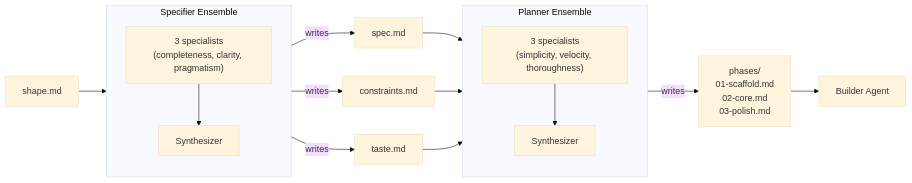
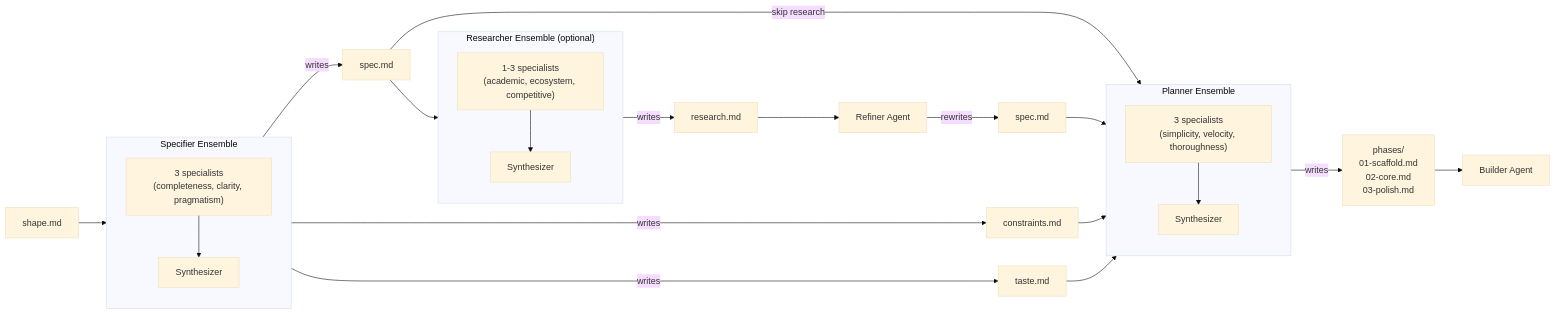
The sixth of 6 diagrams in docs/ensemble-flows.md (robmclarty/ridgeline), drawn with Mermaid (base theme) before and after one commit. The commit also changed other lines of this file and 8 other files, not shown here.

````diff
--- a/docs/ensemble-flows.md
+++ b/docs/ensemble-flows.md
@@ -319,30 +397,44 @@
 ```mermaid
 flowchart LR
     shape[shape.md] --> spec_ensemble
 
     subgraph spec_ensemble ["Specifier Ensemble"]
         direction TB
         s_spec["3 specialists\n(completeness, clarity, pragmatism)"]
         s_synth["Synthesizer"]
         s_spec --> s_synth
     end
 
     spec_ensemble -->|writes| spec[spec.md]
     spec_ensemble -->|writes| constraints[constraints.md]
     spec_ensemble -->|writes| taste[taste.md]
 
-    spec --> plan_ensemble
+    spec --> research_ensemble
+    spec -->|skip research| plan_ensemble
+
+    subgraph research_ensemble ["Researcher Ensemble (optional)"]
+        direction TB
+        r_spec["1-3 specialists\n(academic, ecosystem, competitive)"]
+        r_synth["Synthesizer"]
+        r_spec --> r_synth
+    end
+
+    research_ensemble -->|writes| research[research.md]
+    research --> refiner[Refiner Agent]
+    refiner -->|rewrites| spec2[spec.md]
+    spec2 --> plan_ensemble
+
     constraints --> plan_ensemble
     taste --> plan_ensemble
 
     subgraph plan_ensemble ["Planner Ensemble"]
         direction TB
         p_spec["3 specialists\n(simplicity, velocity, thoroughness)"]
         p_synth["Synthesizer"]
         p_spec --> p_synth
     end
 
     plan_ensemble -->|writes| phases["phases/\n01-scaffold.md\n02-core.md\n03-polish.md"]
 
     phases --> builder[Builder Agent]
 ```
````
